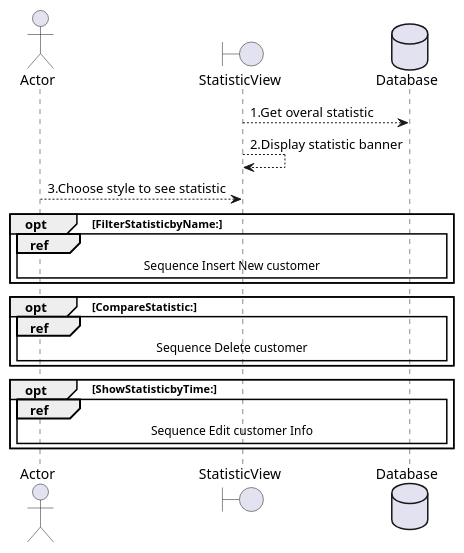
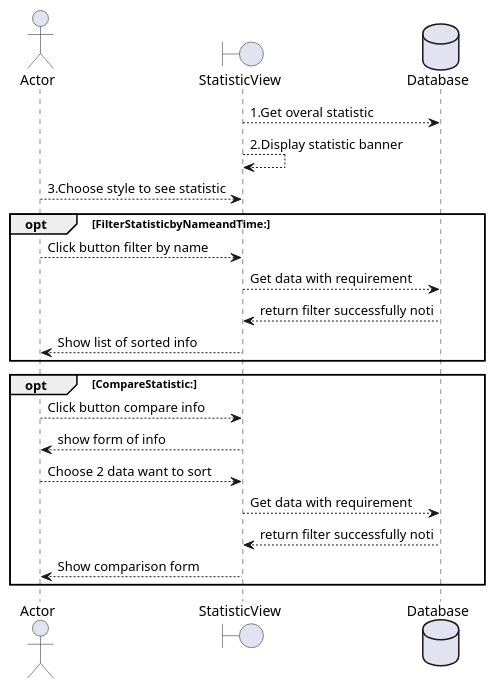
The diagram in Lab 1/Lab1.2/Sequence Diagram/Thongke.pu (vanlinh1602/SE357-Pratice-class), drawn with PlantUML before and after one commit. The commit also changed 13 other files, not shown here.

First line of the commit message:
update sequence diagram

```diff
--- a/Lab 1/Lab1.2/Sequence Diagram/Thongke.pu
+++ b/Lab 1/Lab1.2/Sequence Diagram/Thongke.pu
@@ -1,24 +1,30 @@
 @startuml Thong ke doanh thu
 
 actor Actor 
 boundary StatisticView 
 database Database 
 
 StatisticView  --> Database: 1.Get overal statistic
 StatisticView  --> StatisticView : 2.Display statistic banner
 Actor --> StatisticView : 3.Choose style to see statistic
 
-opt FilterStatisticbyName:
-    ref over Actor, StatisticView , Database: Sequence Insert New customer
+opt FilterStatisticbyNameandTime:
+Actor --> StatisticView: Click button filter by name
+StatisticView --> Database:Get data with requirement
+Database --> StatisticView: return filter successfully noti
+StatisticView --> Actor: Show list of sorted info
 end   
 
 opt CompareStatistic:
-    ref over Actor, StatisticView , Database: Sequence Delete customer
+Actor --> StatisticView: Click button compare info
+StatisticView --> Actor: show form of info
+Actor --> StatisticView: Choose 2 data want to sort
+StatisticView --> Database:Get data with requirement
+Database --> StatisticView: return filter successfully noti
+StatisticView --> Actor: Show comparison form
 end
 
-opt ShowStatisticbyTime:
-    ref over Actor, StatisticView , Database: Sequence Edit customer Info
-end   
+ 
  
 
 @enduml
```
